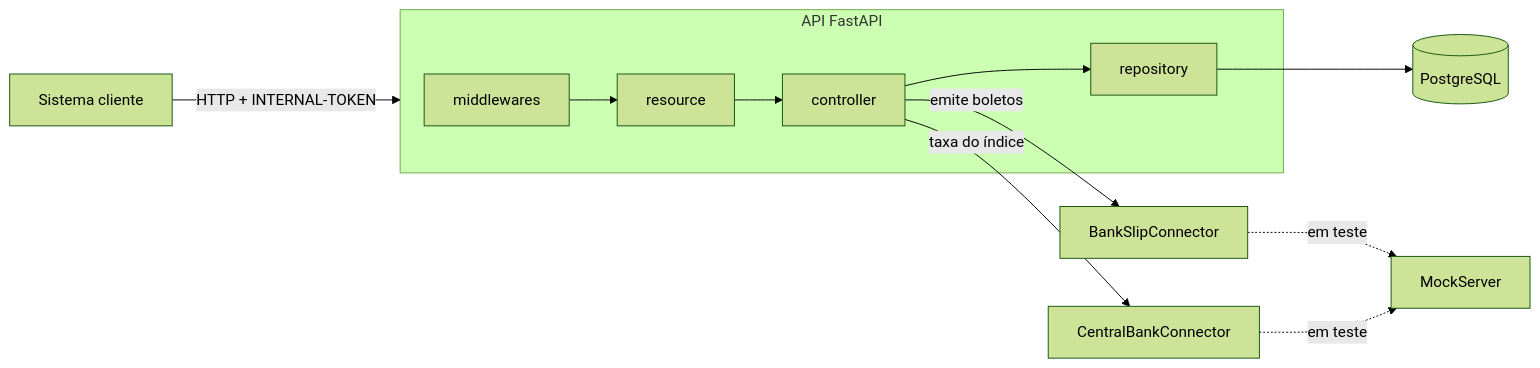
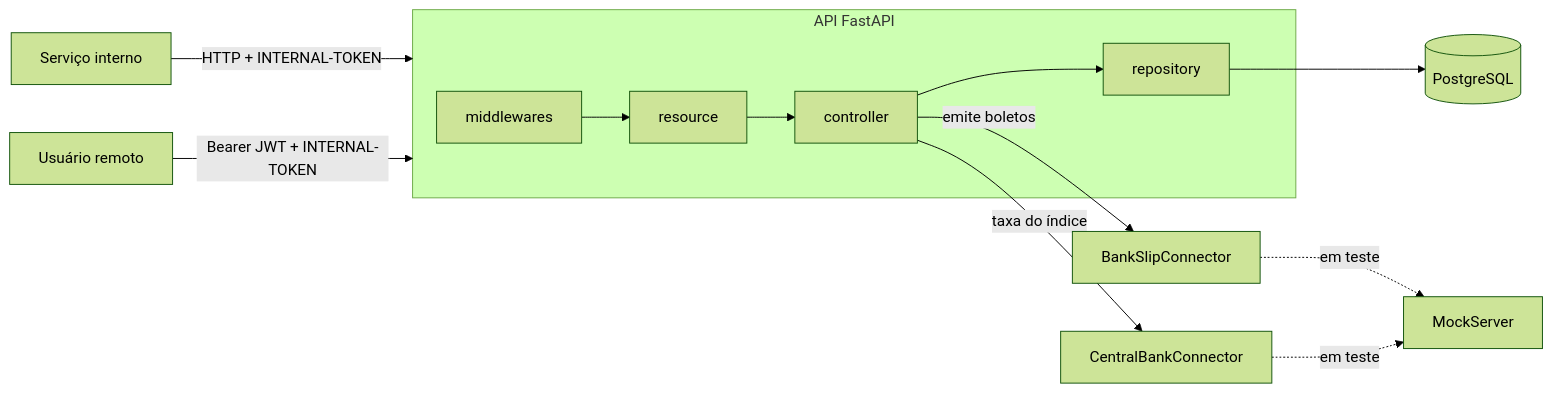
Before and after one commit to Faraoh-Back/BootcampQITech_UnicampE-Racing: the first of 3 diagrams in docs/RFC.md, drawn with Mermaid (forest theme). The commit also changed other lines of this file and 3 other files, not shown here.

````diff
--- a/docs/RFC.md
+++ b/docs/RFC.md
@@ -28,12 +28,13 @@
 ```mermaid
 flowchart LR
-    C["Sistema cliente"] -->|"HTTP + INTERNAL-TOKEN"| API
+    C["Serviço interno"] -->|"HTTP + INTERNAL-TOKEN"| API
+    U["Usuário remoto"] -->|"Bearer JWT + INTERNAL-TOKEN"| API
     subgraph API["API FastAPI"]
         M["middlewares"] --> R["resource"] --> K["controller"] --> P["repository"]
     end
     P --> DB[("PostgreSQL")]
     K -->|"emite boletos"| BS["BankSlipConnector"]
     K -->|"taxa do índice"| CB["CentralBankConnector"]
     BS -.->|"em teste"| MS["MockServer"]
     CB -.->|"em teste"| MS
 ```
````
